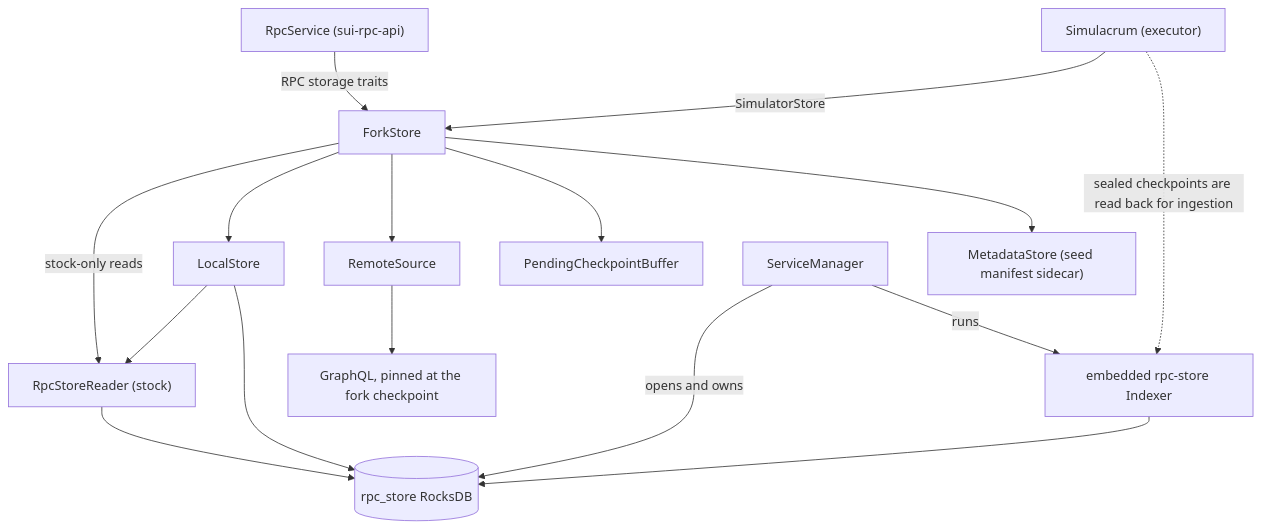
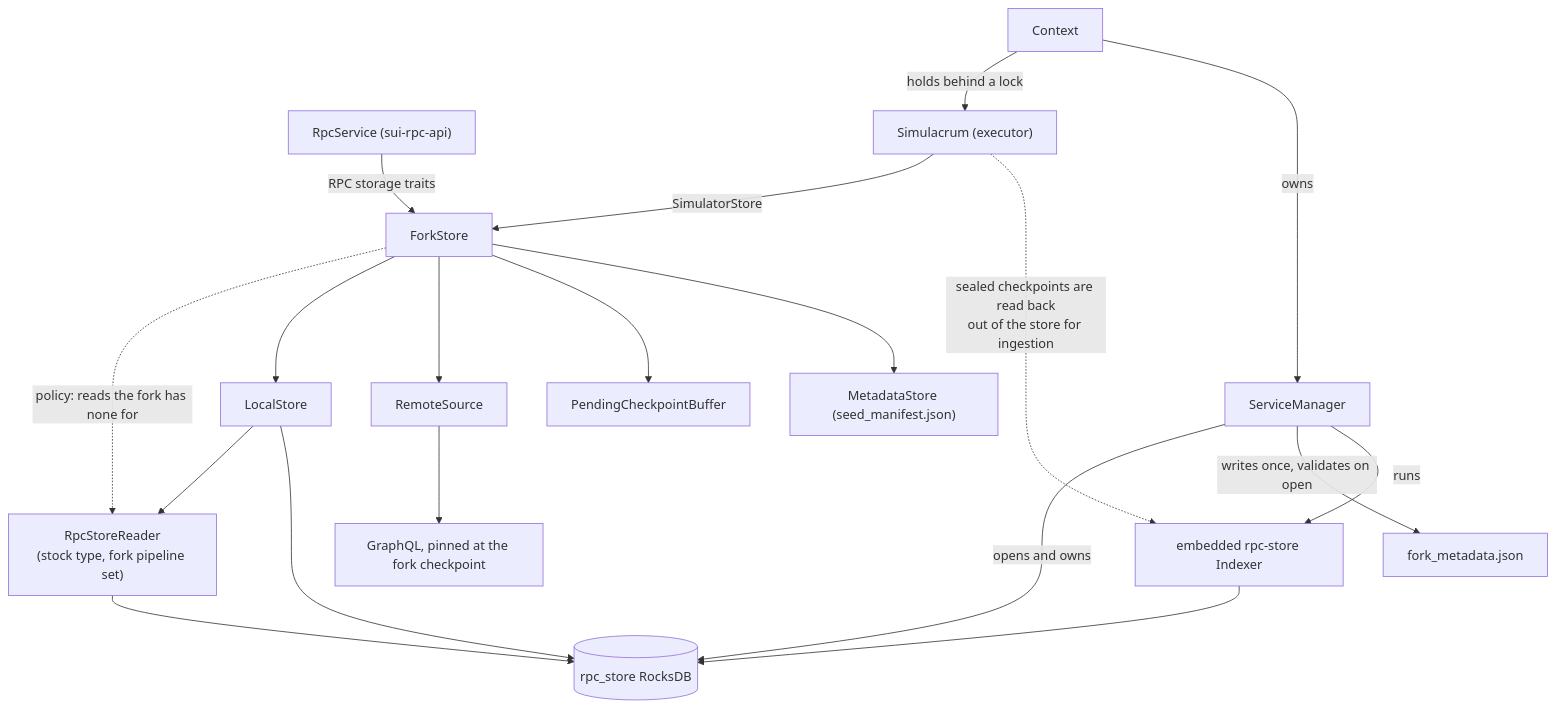
Before and after one commit to MystenLabs/sui: the first of 7 diagrams in crates/sui-fork/design/workflow.md, drawn with Mermaid. The commit also changed other lines of this file and 1 other file, not shown here.

````diff
--- a/crates/sui-fork/design/workflow.md
+++ b/crates/sui-fork/design/workflow.md
@@ -27,18 +37,21 @@
 ```mermaid
 flowchart TD
     rpcsvc["RpcService (sui-rpc-api)"] -->|RPC storage traits| fs[ForkStore]
     sim["Simulacrum (executor)"] -->|SimulatorStore| fs
-    fs -->|stock-only reads| stock["RpcStoreReader (stock)"]
+    ctx[Context] -->|holds behind a lock| sim
+    ctx -->|owns| svc[ServiceManager]
+    fs -.->|"policy: reads the fork has none for"| stock["RpcStoreReader<br/>(stock type, fork pipeline set)"]
     fs --> ls[LocalStore]
     fs --> rs[RemoteSource]
     fs --> pending[PendingCheckpointBuffer]
-    fs --> meta["MetadataStore (seed manifest sidecar)"]
+    fs --> meta["MetadataStore (seed_manifest.json)"]
     ls --> stock
     ls --> db[("rpc_store RocksDB")]
     stock --> db
     rs --> gql["GraphQL, pinned at the fork checkpoint"]
-    svc[ServiceManager] -->|opens and owns| db
+    svc -->|opens and owns| db
+    svc -->|writes once, validates on open| fmeta["fork_metadata.json"]
     svc -->|runs| idx["embedded rpc-store Indexer"]
     idx --> db
-    sim -.->|sealed checkpoints are read back for ingestion| idx
+    sim -.->|"sealed checkpoints are read back<br/>out of the store for ingestion"| idx
 ```
````
